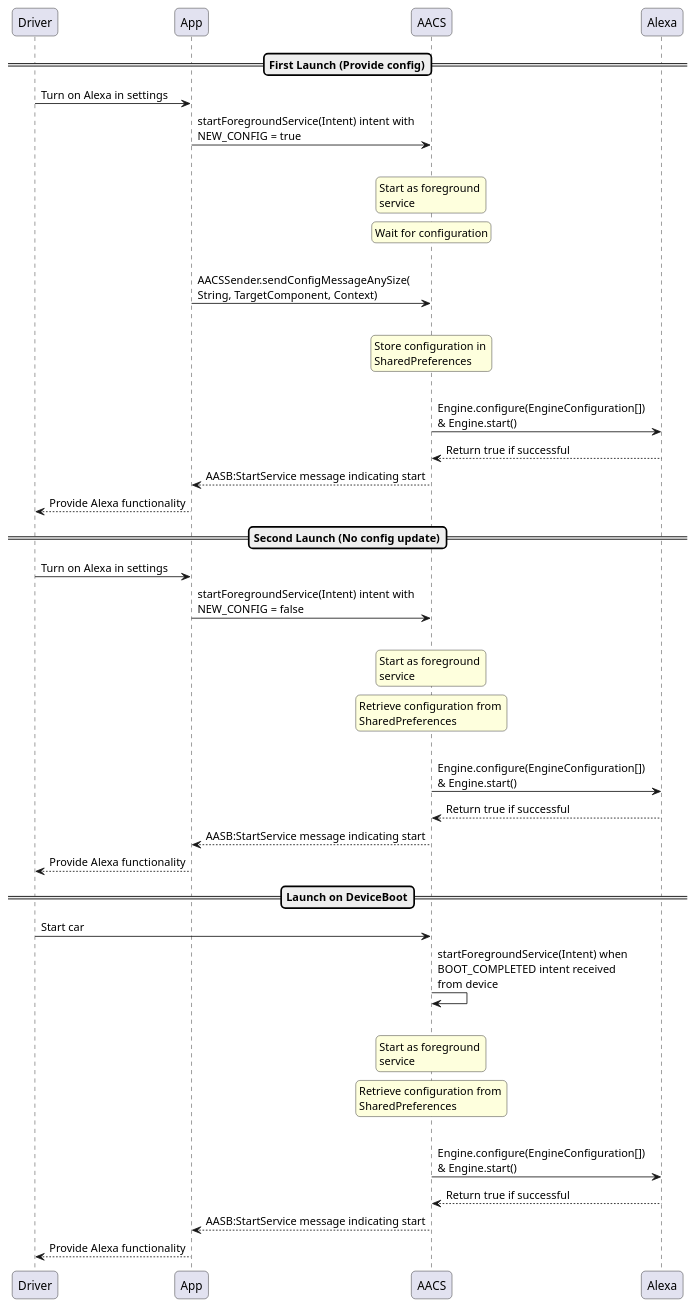
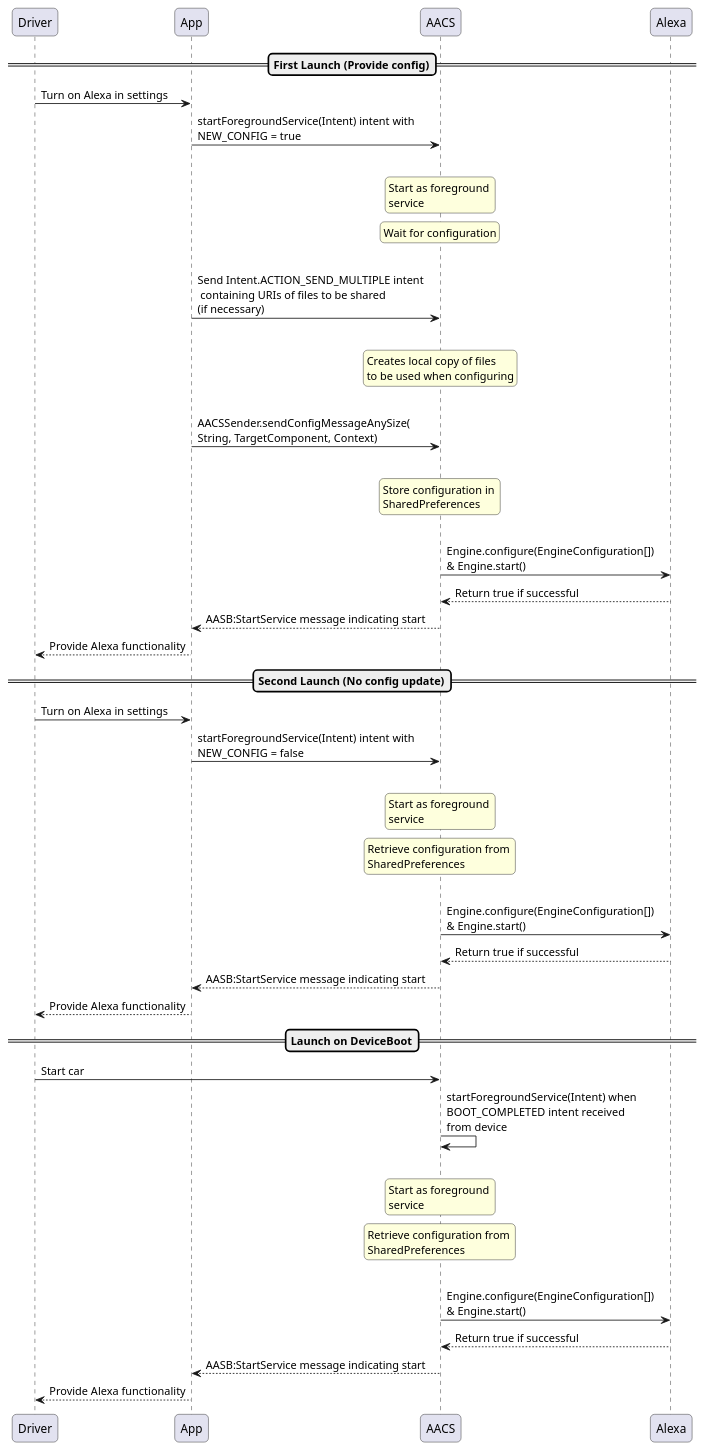
The diagram in platforms/android/alexa-auto-client-service/assets/AACSInit.puml (alexa/alexa-auto-sdk), drawn with PlantUML before and after one commit. The commit also changed 1529 other files, not shown here.

```diff
--- a/platforms/android/alexa-auto-client-service/assets/AACSInit.puml
+++ b/platforms/android/alexa-auto-client-service/assets/AACSInit.puml
@@ -1,44 +1,48 @@
 @startuml
 skinparam roundcorner 10
 participant Driver 
 participant App
 participant AACS
 participant Alexa 
 ==First Launch (Provide config)==
 Driver->App: Turn on Alexa in settings
 App->AACS: startForegroundService(Intent) intent with \nNEW_CONFIG = true
 |||
 rnote over AACS: Start as foreground \nservice
 rnote over AACS: Wait for configuration
+|||
+App->AACS: Send Intent.ACTION_SEND_MULTIPLE intent \n containing URIs of files to be shared \n(if necessary)
+|||
+rnote over AACS: Creates local copy of files \nto be used when configuring
 |||
 App->AACS: AACSSender.sendConfigMessageAnySize(\nString, TargetComponent, Context)
 |||
 rnote over AACS: Store configuration in \nSharedPreferences
 |||
 AACS->Alexa: Engine.configure(EngineConfiguration[]) \n& Engine.start()
 Alexa-->AACS: Return true if successful
 AACS-->App: AASB:StartService message indicating start
 App-->Driver: Provide Alexa functionality
 ==Second Launch (No config update)==
 Driver->App: Turn on Alexa in settings
 App->AACS: startForegroundService(Intent) intent with \nNEW_CONFIG = false
 |||
 rnote over AACS: Start as foreground \nservice
 rnote over AACS: Retrieve configuration from \nSharedPreferences
 |||
 AACS->Alexa: Engine.configure(EngineConfiguration[]) \n& Engine.start()
 Alexa-->AACS: Return true if successful
 AACS-->App: AASB:StartService message indicating start
 App-->Driver: Provide Alexa functionality
 ==Launch on DeviceBoot==
 Driver->AACS: Start car
 AACS->AACS: startForegroundService(Intent) when \nBOOT_COMPLETED intent received \nfrom device
 |||
 rnote over AACS: Start as foreground \nservice
 rnote over AACS: Retrieve configuration from \nSharedPreferences
 |||
 AACS->Alexa: Engine.configure(EngineConfiguration[]) \n& Engine.start()
 Alexa-->AACS:Return true if successful
 AACS-->App: AASB:StartService message indicating start
 App-->Driver: Provide Alexa functionality
 @enduml
```
